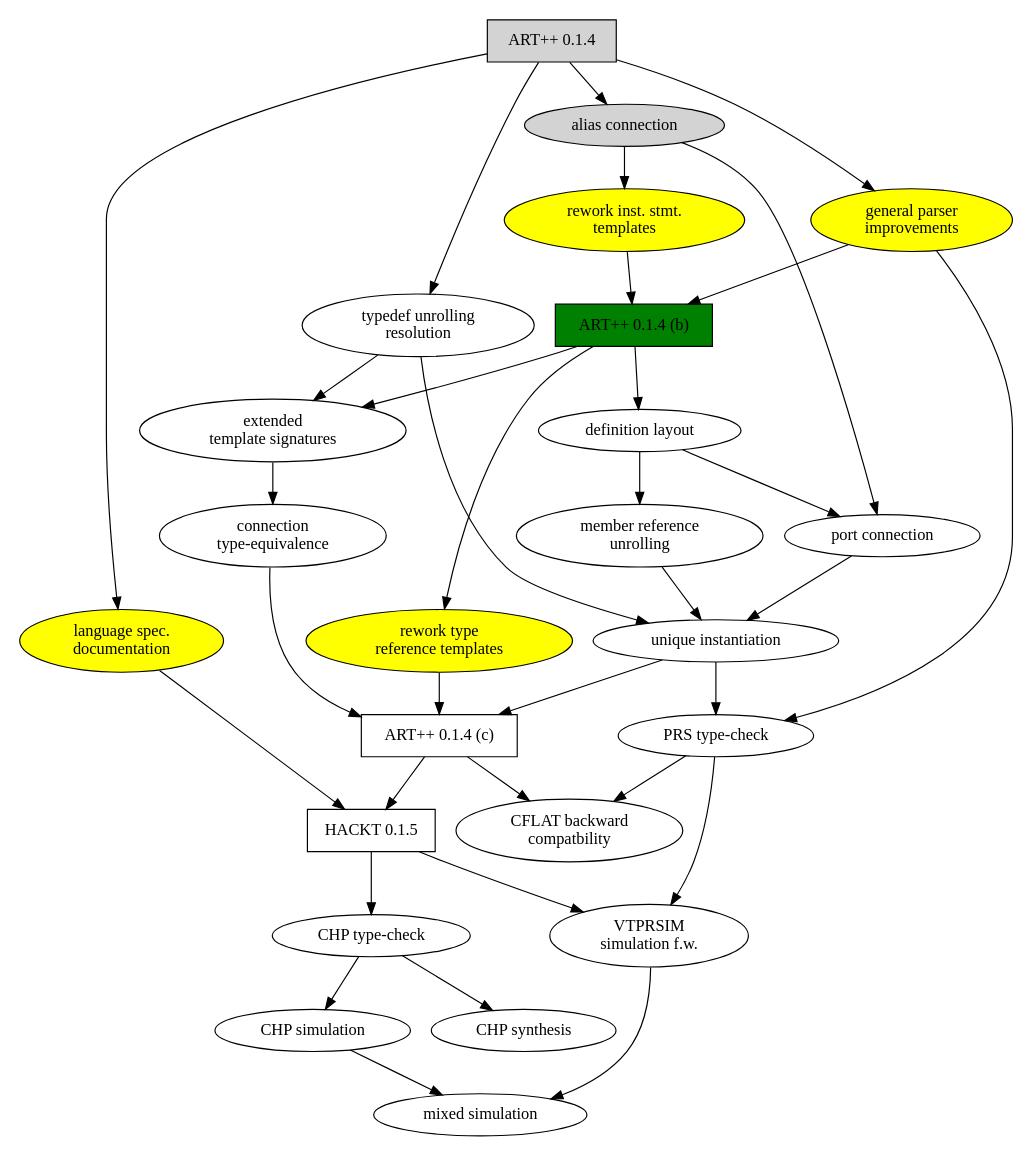
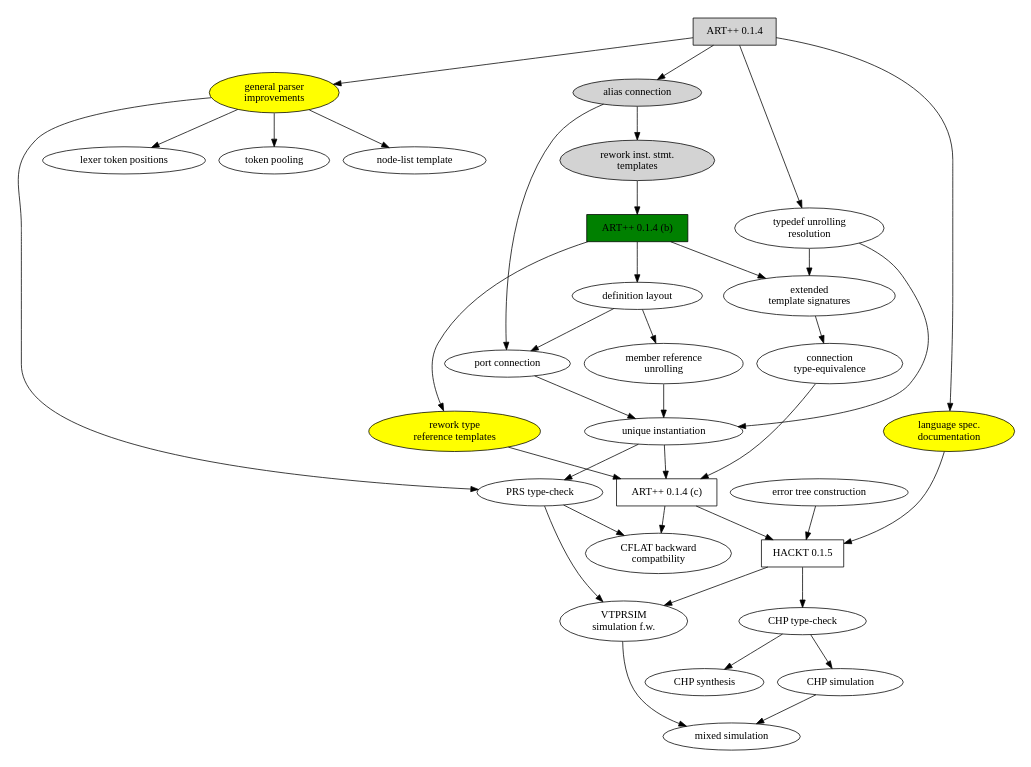
One commit to fangism/hackt changed the diagram in DevelopmentPlan.dot. Above: the diagram before and after it, drawn with Graphviz. The commit also changed 10 other files, not shown here.

```diff
--- a/DevelopmentPlan.dot
+++ b/DevelopmentPlan.dot
@@ -1,74 +1,81 @@
 # "DevelopmentPlan.dot"
 
 digraph G {
 size="7,10";
 
 ARTXX_00_01_04		[shape=box, style=filled, label="ART++ 0.1.4"];
 ARTXX_00_01_04_b	[shape=box, style=filled, fillcolor=green, 
 				label="ART++ 0.1.4 (b)"];
 ARTXX_00_01_04_c	[shape=box, label="ART++ 0.1.4 (c)"];
 ARTXX_00_01_05		[shape=box, label="HACKT 0.1.5"];
 
 DOCS_00_01_04		[shape=ellipse, style=filled, fillcolor=yellow, 
 				label="language spec.\ndocumentation"];
 PARSER_00_01_04		[shape=ellipse, style=filled, fillcolor=yellow,
 				label="general parser\nimprovements"];
+LEX_00_01_04		[shape=ellipse, label="lexer token positions"];
+TOKENPOOL_00_01_04	[shape=ellipse, label="token pooling"];
+NODELIST_00_01_04	[shape=ellipse, label="node-list template"];
 UNIQUE_00_01_04		[shape=ellipse, label="unique instantiation"];
 ALIAS_00_01_04		[shape=ellipse, style=filled, label="alias connection"];
 PORT_00_01_04		[shape=ellipse, label="port connection"];
 MEMBER_00_01_04		[shape=ellipse, label="member reference\nunrolling"];
 TYPEDEF_00_01_04	[shape=ellipse, label="typedef unrolling\nresolution"];
 DEFLAYOUT_00_01_04	[shape=ellipse, label="definition layout"];
-INSTSTMT_00_01_04	[shape=ellipse, style=filled, fillcolor=yellow,
+INSTSTMT_00_01_04	[shape=ellipse, style=filled, 
 				label="rework inst. stmt.\ntemplates"];
 TYPEREF_00_01_04	[shape=ellipse, style=filled, fillcolor=yellow,
 				label="rework type\nreference templates"];
 EXTTEMPLATE_00_01_04	[shape=ellipse, label="extended\ntemplate signatures"];
 CONNECTEQ_00_01_04	[shape=ellipse, label="connection\ntype-equivalence"];
 CFLAT_00_01_04		[shape=ellipse, label="CFLAT backward\ncompatbility"];
 PRS_00_01_04		[shape=ellipse, label="PRS type-check"];
+ERRORTREE_00_01_04	[shape=ellipse, label="error tree construction"];
 
 ARTXX_00_01_04 -> DOCS_00_01_04;
 ARTXX_00_01_04 -> PARSER_00_01_04;
 ARTXX_00_01_04 -> ALIAS_00_01_04;
-PARSER_00_01_04 -> ARTXX_00_01_04_b;
+PARSER_00_01_04 -> LEX_00_01_04;
+PARSER_00_01_04 -> TOKENPOOL_00_01_04;
+PARSER_00_01_04 -> NODELIST_00_01_04;
 ALIAS_00_01_04 -> PORT_00_01_04;
 PORT_00_01_04 -> UNIQUE_00_01_04;
 MEMBER_00_01_04 -> UNIQUE_00_01_04;
 UNIQUE_00_01_04 -> ARTXX_00_01_04_c;
 ARTXX_00_01_04_b -> DEFLAYOUT_00_01_04;
 EXTTEMPLATE_00_01_04 -> CONNECTEQ_00_01_04;
 ARTXX_00_01_04 -> TYPEDEF_00_01_04;
 DEFLAYOUT_00_01_04 -> MEMBER_00_01_04;
 DEFLAYOUT_00_01_04 -> PORT_00_01_04;
 ALIAS_00_01_04 -> INSTSTMT_00_01_04;
 INSTSTMT_00_01_04 -> ARTXX_00_01_04_b;
 ARTXX_00_01_04_b -> EXTTEMPLATE_00_01_04;
 ARTXX_00_01_04_b -> TYPEREF_00_01_04;
 TYPEREF_00_01_04 -> ARTXX_00_01_04_c;
 TYPEDEF_00_01_04 -> UNIQUE_00_01_04;
 TYPEDEF_00_01_04 -> EXTTEMPLATE_00_01_04;
 PARSER_00_01_04 -> PRS_00_01_04;
 UNIQUE_00_01_04 -> PRS_00_01_04;
 
 ARTXX_00_01_04_c -> ARTXX_00_01_05;
 PRS_00_01_04 -> CFLAT_00_01_04;
 ARTXX_00_01_04_c -> CFLAT_00_01_04;
 CONNECTEQ_00_01_04 -> ARTXX_00_01_04_c;
 DOCS_00_01_04 -> ARTXX_00_01_05;
+ERRORTREE_00_01_04 -> ARTXX_00_01_05;
 
 CHP_00_01_05		[shape=ellipse, label="CHP type-check"];
 CHPSYNTH_00_01_05	[shape=ellipse, label="CHP synthesis"];
 CHPSIM_00_01_05		[shape=ellipse, label="CHP simulation"];
 VTPRSIM_00_01_05	[shape=ellipse, label="VTPRSIM\nsimulation f.w."];
 MIXSIM_00_01_05		[shape=ellipse, label="mixed simulation"];
 
 ARTXX_00_01_05 -> CHP_00_01_05;
 CHP_00_01_05 -> CHPSYNTH_00_01_05;
 CHP_00_01_05 -> CHPSIM_00_01_05;
 PRS_00_01_04 -> VTPRSIM_00_01_05;
 ARTXX_00_01_05 -> VTPRSIM_00_01_05;
 VTPRSIM_00_01_05 -> MIXSIM_00_01_05;
 CHPSIM_00_01_05 -> MIXSIM_00_01_05;
 
 }
```
